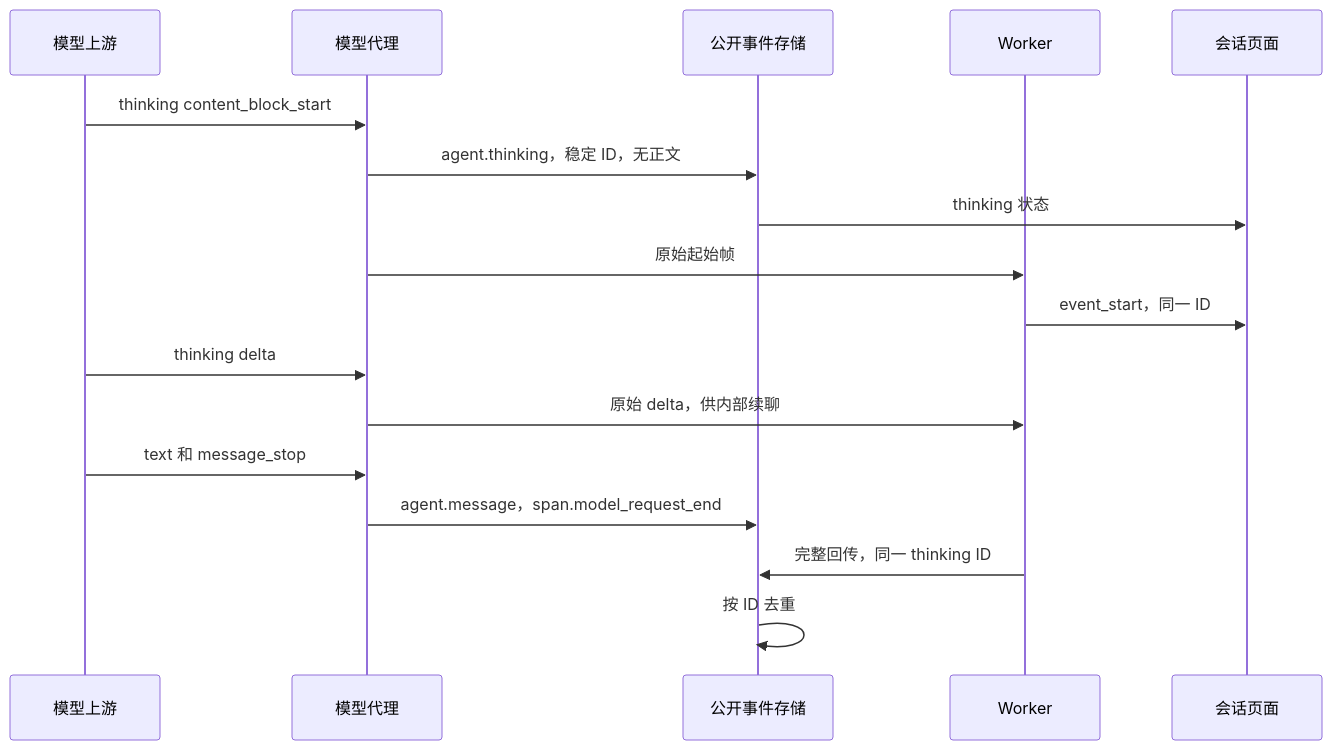
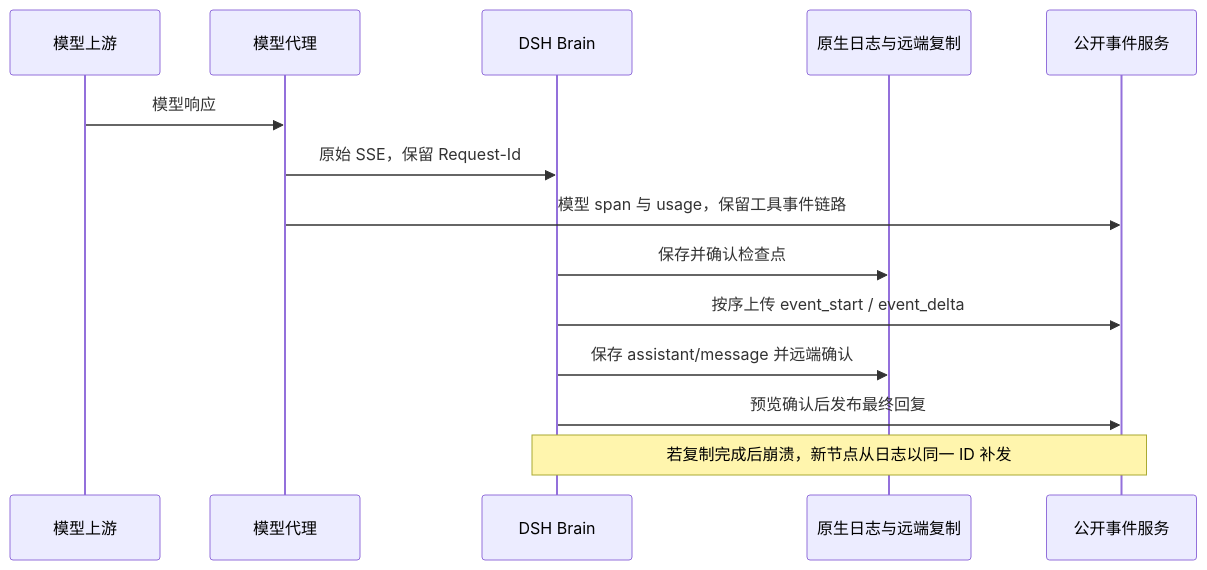
Before and after one commit to superduck-ai/open-managed-agents: the eighth of 11 diagrams in docs/design/be/brain-runtime.md, drawn with Mermaid. The commit also changed other lines of this file and 14 other files, not shown here.

Commit message:
fix(brain): make DSH the sole publisher of public replies

````diff
--- a/docs/design/be/brain-runtime.md
+++ b/docs/design/be/brain-runtime.md
@@ -300,19 +300,16 @@
 ```mermaid
 sequenceDiagram
     participant Upstream as 模型上游
     participant Proxy as 模型代理
-    participant Events as 公开事件存储
-    participant Worker as Worker
-    participant UI as 会话页面
-    Upstream->>Proxy: thinking content_block_start
-    Proxy->>Events: agent.thinking，稳定 ID，无正文
-    Events->>UI: thinking 状态
-    Proxy->>Worker: 原始起始帧
-    Worker->>UI: event_start，同一 ID
-    Upstream->>Proxy: thinking delta
-    Proxy->>Worker: 原始 delta，供内部续聊
-    Upstream->>Proxy: text 和 message_stop
-    Proxy->>Events: agent.message，span.model_request_end
-    Worker->>Events: 完整回传，同一 thinking ID
-    Events->>Events: 按 ID 去重
+    participant Brain as DSH Brain
+    participant Log as 原生日志与远端复制
+    participant Events as 公开事件服务
+    Upstream->>Proxy: 模型响应
+    Proxy->>Brain: 原始 SSE，保留 Request-Id
+    Proxy->>Events: 模型 span 与 usage，保留工具事件链路
+    Brain->>Log: 保存并确认检查点
+    Brain->>Events: 按序上传 event_start / event_delta
+    Brain->>Log: 保存 assistant/message 并远端确认
+    Brain->>Events: 预览确认后发布最终回复
+    Note over Brain,Events: 若复制完成后崩溃，新节点从日志以同一 ID 补发
 ```
````
